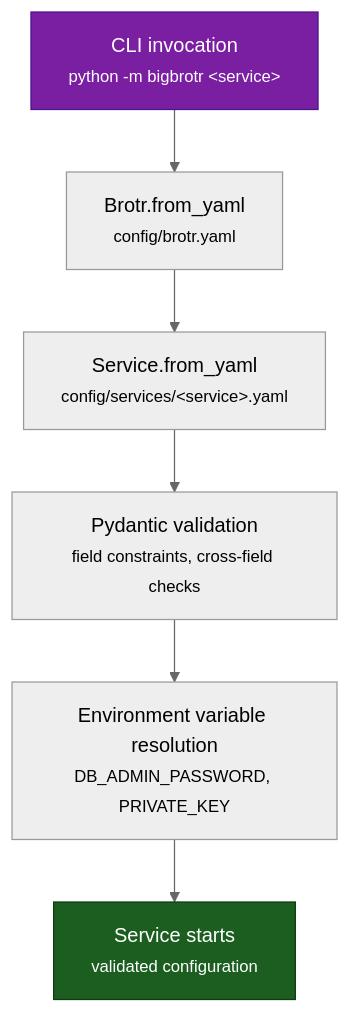
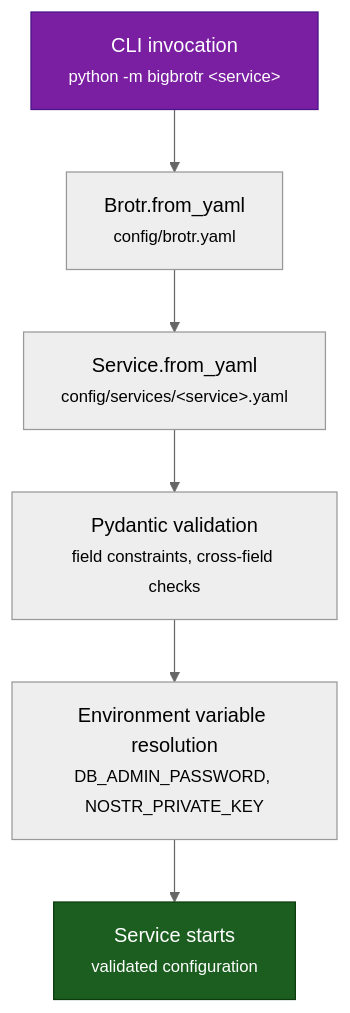
Before and after one commit to BigBrotr/bigbrotr: the diagram in docs/user-guide/configuration.md, drawn with Mermaid (neutral theme). The commit also changed other lines of this file and 44 other files, not shown here.

````diff
--- a/docs/user-guide/configuration.md
+++ b/docs/user-guide/configuration.md
@@ -18,11 +18,11 @@
 ```mermaid
 flowchart TD
     A["CLI invocation<br/><small>python -m bigbrotr &lt;service&gt;</small>"] --> B["Brotr.from_yaml<br/><small>config/brotr.yaml</small>"]
     B --> C["Service.from_yaml<br/><small>config/services/&lt;service&gt;.yaml</small>"]
     C --> D["Pydantic validation<br/><small>field constraints, cross-field checks</small>"]
-    D --> E["Environment variable resolution<br/><small>DB_ADMIN_PASSWORD, PRIVATE_KEY</small>"]
+    D --> E["Environment variable resolution<br/><small>DB_ADMIN_PASSWORD, NOSTR_PRIVATE_KEY</small>"]
     E --> F["Service starts<br/><small>validated configuration</small>"]
 
     style A fill:#7B1FA2,color:#fff,stroke:#4A148C
     style F fill:#1B5E20,color:#fff,stroke:#0D3B0F
 ```
````
